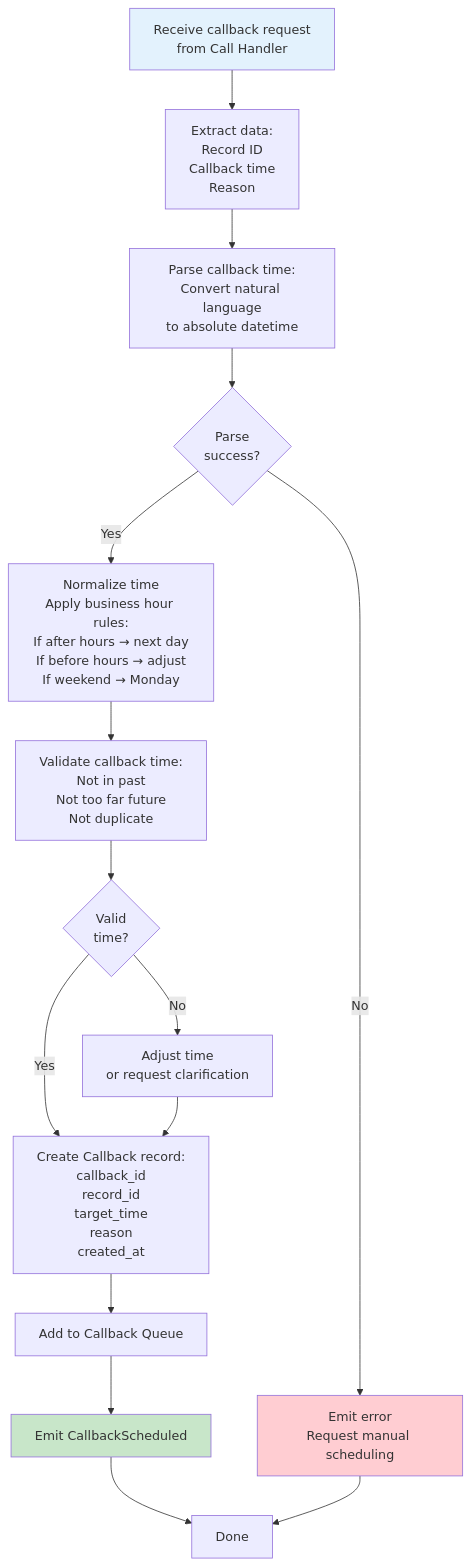
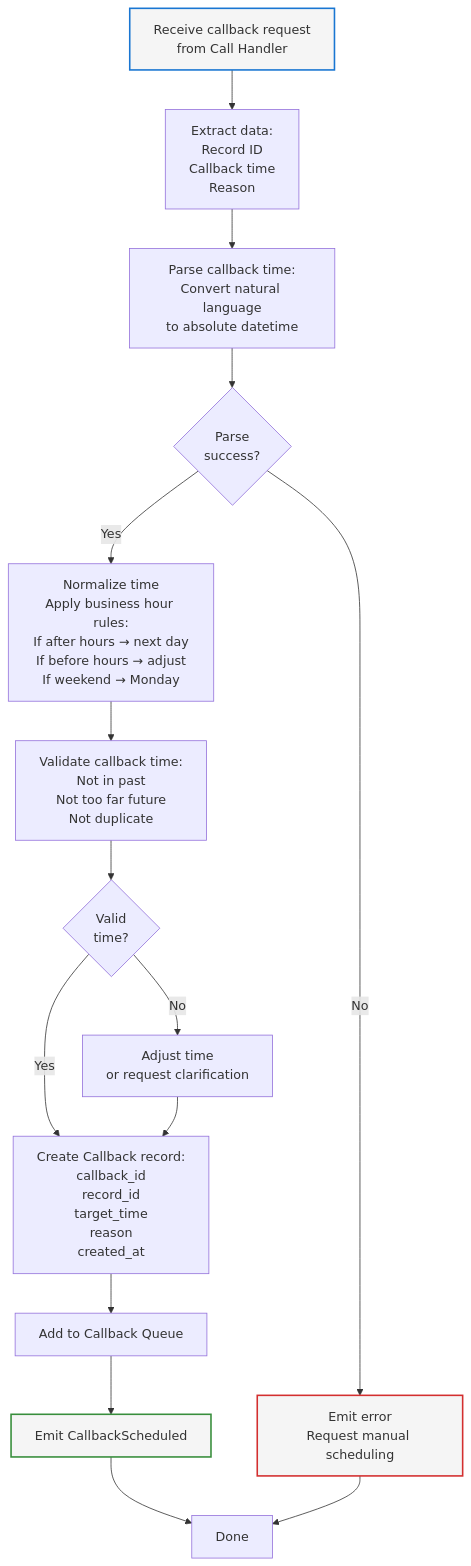
Before and after one commit to Org-for-Folio-AI/FolioAISpecs: the first of 2 diagrams in design/components/09-Callback-Manager.md, drawn with Mermaid. The commit also changed other lines of this file and 11 other files, not shown here.

First line of the commit message:
Update mermaid diagram colors for dark and light mode compatibility

````diff
--- a/design/components/09-Callback-Manager.md
+++ b/design/components/09-Callback-Manager.md
@@ -56,34 +56,34 @@
 ```mermaid
 flowchart TD
     Start["Receive callback request<br/>from Call Handler"] --> Extract["Extract data:<br/>Record ID<br/>Callback time<br/>Reason"]
 
     Extract --> Parse["Parse callback time:<br/>Convert natural language<br/>to absolute datetime"]
 
     Parse --> ParseOK{Parse<br/>success?}
 
     ParseOK -->|No| Error["Emit error<br/>Request manual scheduling"]
     ParseOK -->|Yes| Normalize
 
     Normalize["Normalize time<br/>Apply business hour rules:<br/>If after hours → next day<br/>If before hours → adjust<br/>If weekend → Monday"]
 
     Normalize --> Validate["Validate callback time:<br/>Not in past<br/>Not too far future<br/>Not duplicate"]
 
     Validate --> Valid{Valid<br/>time?}
 
     Valid -->|No| Adjust["Adjust time<br/>or request clarification"]
     Valid -->|Yes| Create
 
     Adjust --> Create
 
     Create["Create Callback record:<br/>callback_id<br/>record_id<br/>target_time<br/>reason<br/>created_at"]
 
     Create --> Store["Add to Callback Queue"]
     Store --> Emit["Emit CallbackScheduled"]
     Emit --> Done["Done"]
 
     Error --> Done
 
-    style Start fill:#e3f2fd
-    style Emit fill:#c8e6c9
-    style Error fill:#ffcdd2
+    style Start stroke:#1976d2,fill:#f5f5f5,stroke-width:2px
+    style Emit stroke:#388e3c,fill:#f5f5f5,stroke-width:2px
+    style Error stroke:#d32f2f,fill:#f5f5f5,stroke-width:2px
 ```
````
